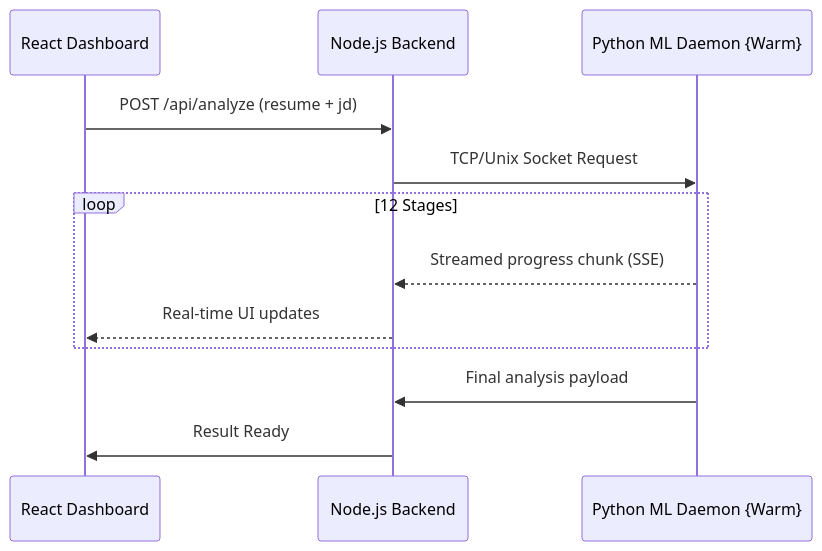
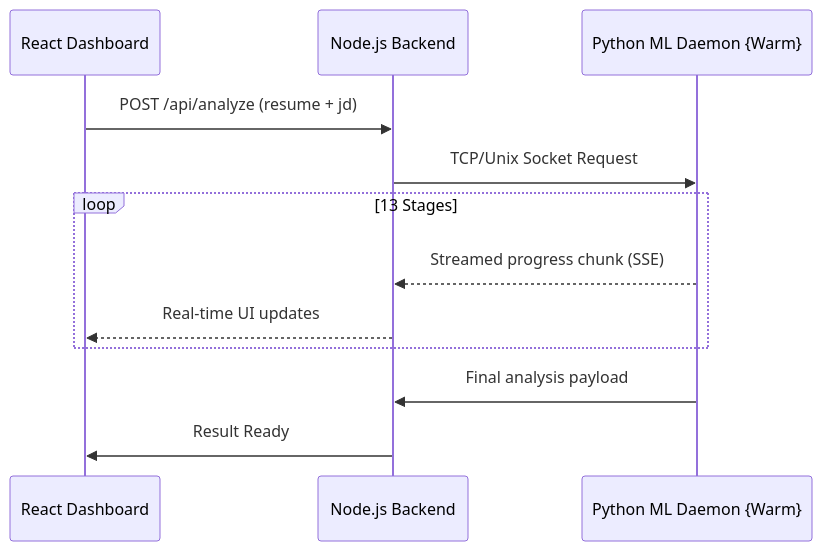
One commit to arushihsura/SkillForge-AI changed the second of 2 diagrams in README.md. Above: the diagram before and after it, drawn with Mermaid. The commit also changed other lines of this file and 20 other files, not shown here.

````diff
--- a/README.md
+++ b/README.md
@@ -48,15 +52,15 @@
 ```mermaid
 sequenceDiagram
     participant UI as React Dashboard
     participant API as Node.js Backend
     participant D as Python ML Daemon {Warm}
     
     UI->>API: POST /api/analyze (resume + jd)
     API->>D: TCP/Unix Socket Request
-    loop 12 Stages
+    loop 13 Stages
         D-->>API: Streamed progress chunk (SSE)
         API-->>UI: Real-time UI updates
     end
     D->>API: Final analysis payload
     API->>UI: Result Ready
 ```
````
